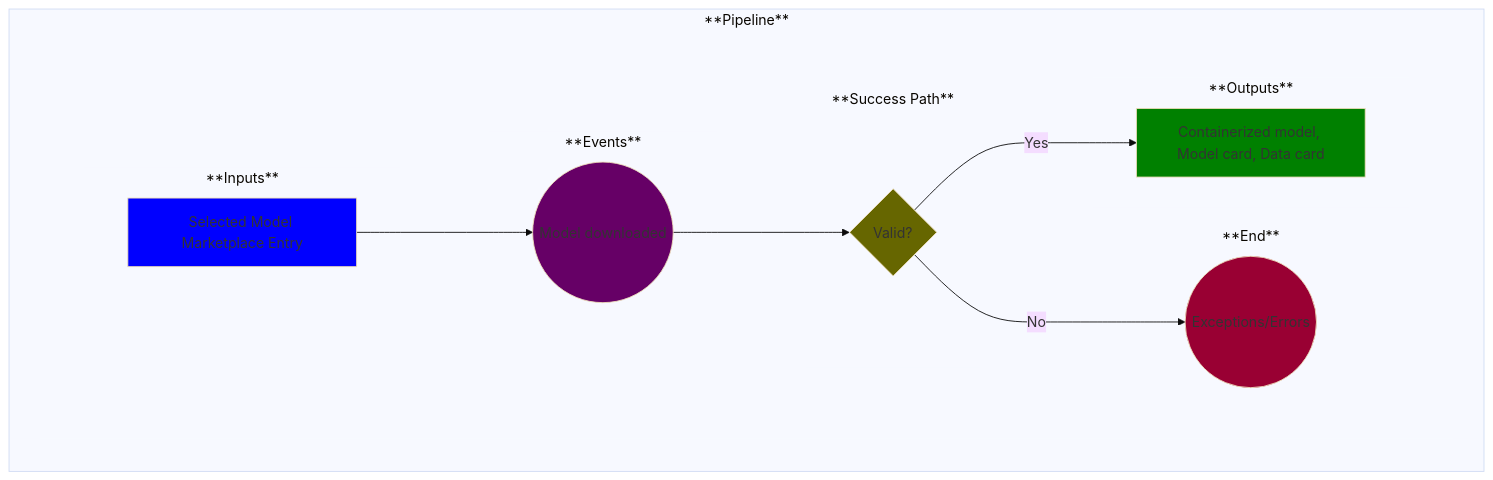
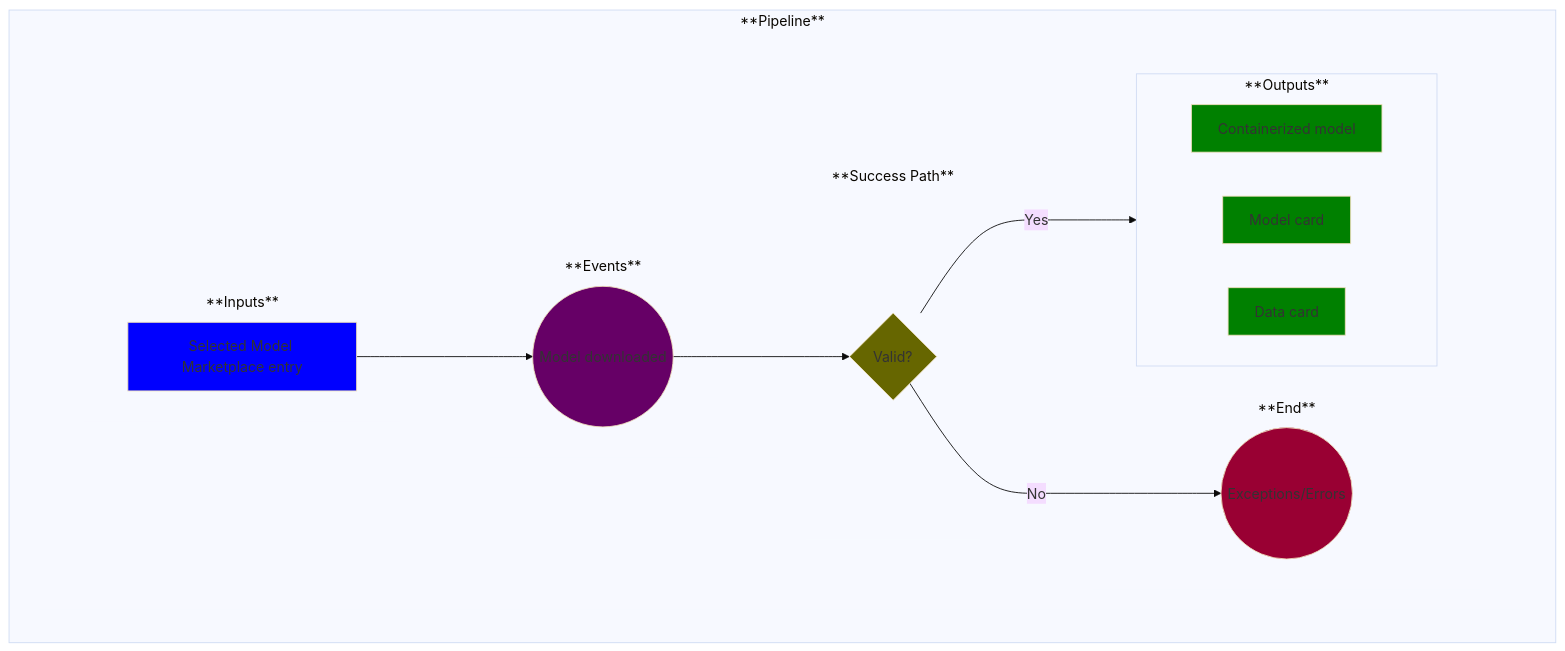
One commit to MLOps-OpenAPI/arch-diagrams changed the diagram in use-cases/17-model-downloads.md. Above: the diagram before and after it, drawn with Mermaid (base theme). The commit also changed other lines of this file and 20 other files, not shown here.

````diff
--- a/use-cases/17-model-downloads.md
+++ b/use-cases/17-model-downloads.md
@@ -21,64 +23,71 @@
 ```mermaid
 
 %% Creating a left-to-right flowchart
 %% Learn the syntax here: https://mermaid.js.org/syntax/flowchart.html
 %% Note: flowchart and graph are the same in Mermaid
 graph LR;
 
     %% Define the common flow items:
     %%A--> B
     %%B-->C
     subgraph Pipeline ["**Pipeline**"]
         
         %% Add an empty node to overcome some formatting issues
         subgraph invisibleSpace["<br/>"]
 
             %% Add the rest of the nodes
             subgraph Inputs ["**Inputs**"]
                 A
             end
             subgraph Events ["**Events**"]
                 B
             end
             subgraph Success ["**Success Path**"]
                 C
             end
             subgraph End ["**End**"]
                 D
             end
             subgraph Outputs ["**Outputs**"]
-                E
+                E1
+                E2
+                E3
             end
         end
         A-->B
         C--> | No | D
         B-->C
-        C--> | Yes | E
+        C--> | Yes | Outputs
     end
 
     %% Now label and style the blocks
     %% Note: You could have done this above, but I find this to be cleaner and easier to manage
 
-    A[Selected Model Marketplace Entry]
+    A[Selected Model Marketplace entry]
     style A fill:blue
 
     B((Model downloaded))
     style B fill:#660066
 
     C{Valid?}
     style C fill:#666600
 
     D((Exceptions/Errors))
     style D fill:#990033
 
-    E[Containerized model, Model card, Data card]
-    style E fill:green
+    E1[Containerized model]
+    style E1 fill:green
+
+    E2[Model card]
+    style E2 fill:green
+
+    E3[Data card]
+    style E3 fill:green
 
     %% Remove unnecessary box outlines
     style invisibleSpace stroke-width:0
     style Inputs stroke-width:0
     style Events stroke-width:0
     style End stroke-width:0
     style Success stroke-width:0
-    style Outputs stroke-width:0
 ```
````
